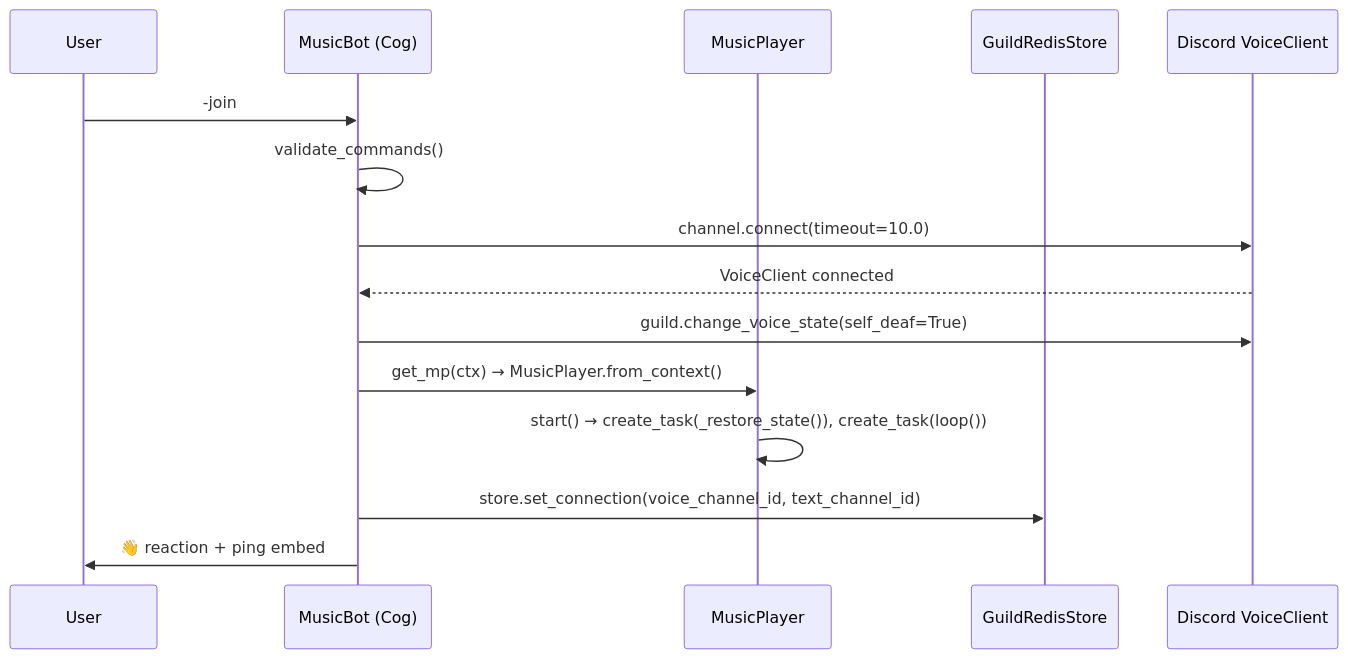
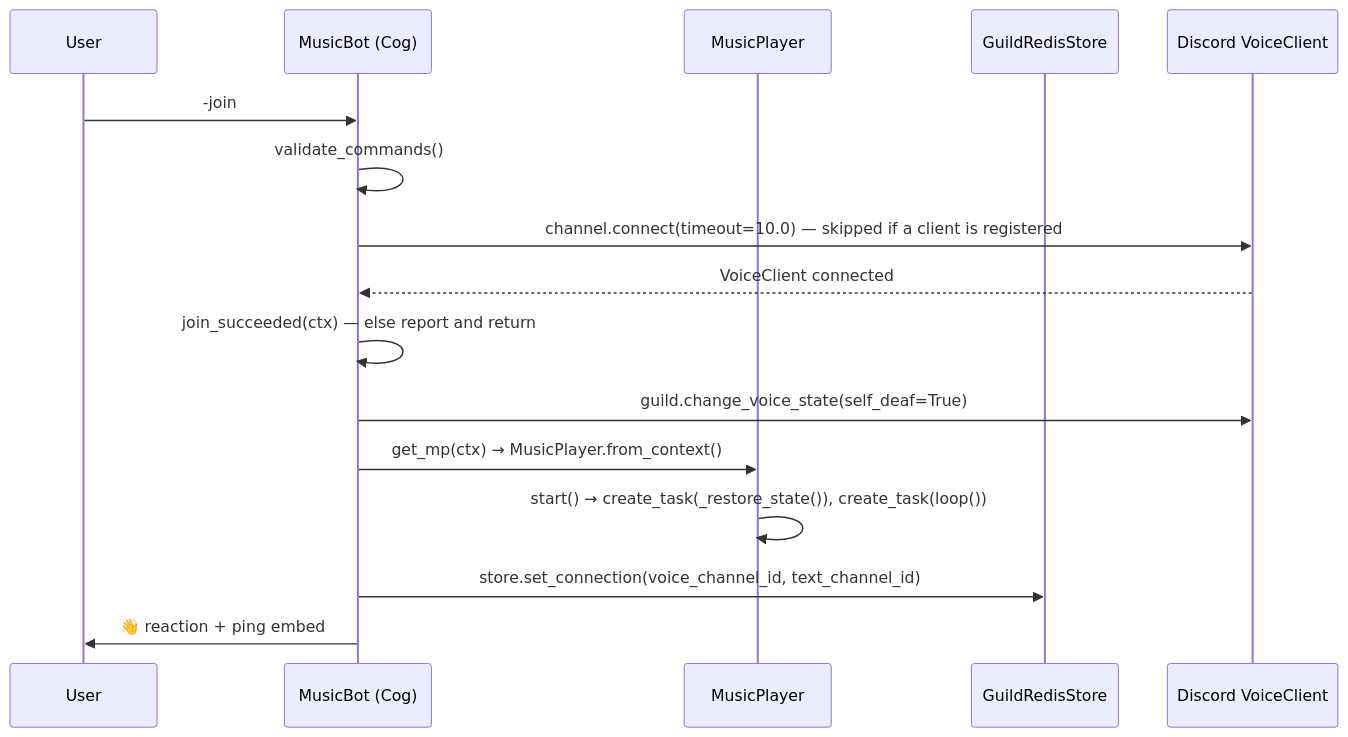
The fifth of 15 diagrams in docs/ARCHITECTURE.md (kawadeomkar/discord-music-bot), drawn with Mermaid before and after one commit. The commit also changed other lines of this file and 8 other files, not shown here.

````diff
--- a/docs/ARCHITECTURE.md
+++ b/docs/ARCHITECTURE.md
@@ -458,18 +458,19 @@
 ```mermaid
 sequenceDiagram
     participant User
     participant Bot as MusicBot (Cog)
     participant MP as MusicPlayer
     participant Redis as GuildRedisStore
     participant VC as Discord VoiceClient
 
     User->>Bot: -join
     Bot->>Bot: validate_commands()
-    Bot->>VC: channel.connect(timeout=10.0)
+    Bot->>VC: channel.connect(timeout=10.0) — skipped if a client is registered
     VC-->>Bot: VoiceClient connected
+    Bot->>Bot: join_succeeded(ctx) — else report and return
     Bot->>VC: guild.change_voice_state(self_deaf=True)
     Bot->>MP: get_mp(ctx) → MusicPlayer.from_context()
     MP->>MP: start() → create_task(_restore_state()), create_task(loop())
     Bot->>Redis: store.set_connection(voice_channel_id, text_channel_id)
     Bot->>User: 👋 reaction + ping embed
 ```
````
